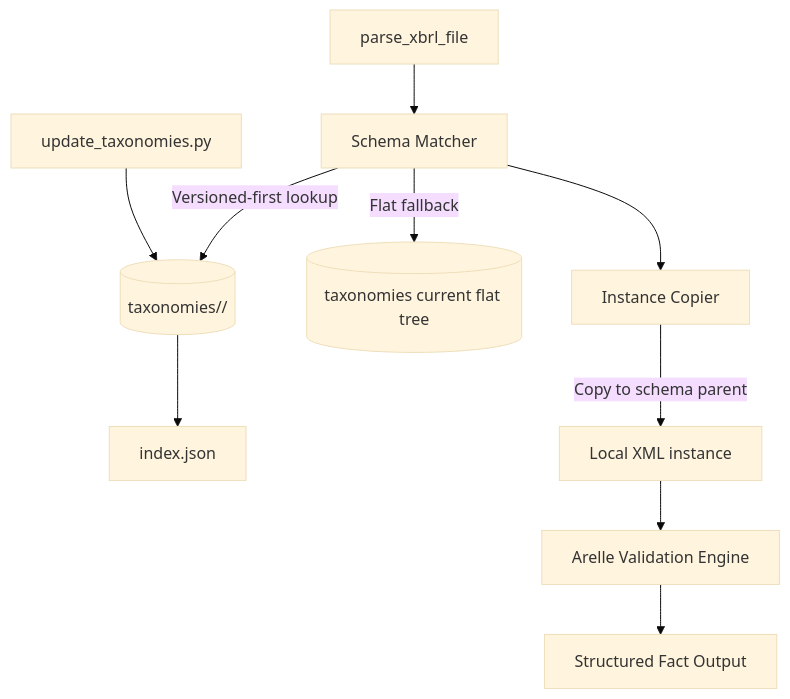
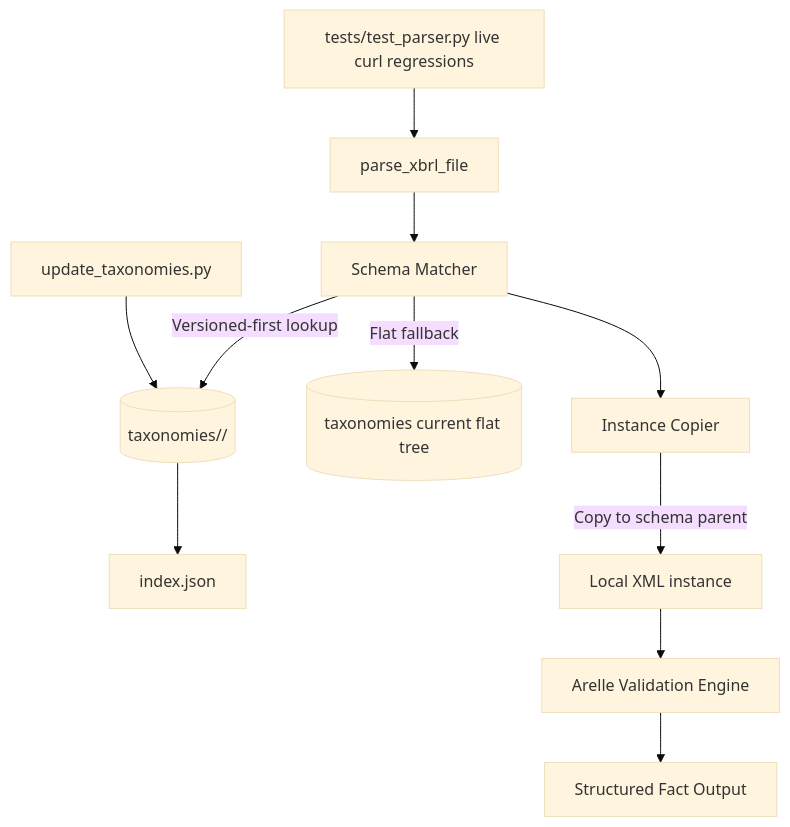
The diagram in .context/ARCHITECTURE.md (eggmasonvalue/nse-xbrl-parser), drawn with Mermaid (base theme) before and after one commit. The commit also changed other lines of this file and 5 other files, not shown here.

Commit message:
add more tests with live URLs

````diff
--- a/.context/ARCHITECTURE.md
+++ b/.context/ARCHITECTURE.md
@@ -7,12 +7,13 @@
 ```mermaid
 graph TD;
     API[parse_xbrl_file] --> Matcher[Schema Matcher]
     Matcher -->|Versioned-first lookup| Versioned[(taxonomies/<family>/<release_id>)]
     Matcher -->|Flat fallback| Flat[(taxonomies current flat tree)]
     Updater[update_taxonomies.py] --> Versioned
+    LiveTests[tests/test_parser.py live curl regressions] --> API
     Versioned --> Index[index.json]
     Matcher --> Copier[Instance Copier]
     Copier -->|Copy to schema parent| Temp[Local XML instance]
     Temp --> Arelle[Arelle Validation Engine]
     Arelle --> JSON[Structured Fact Output]
 ```
````
